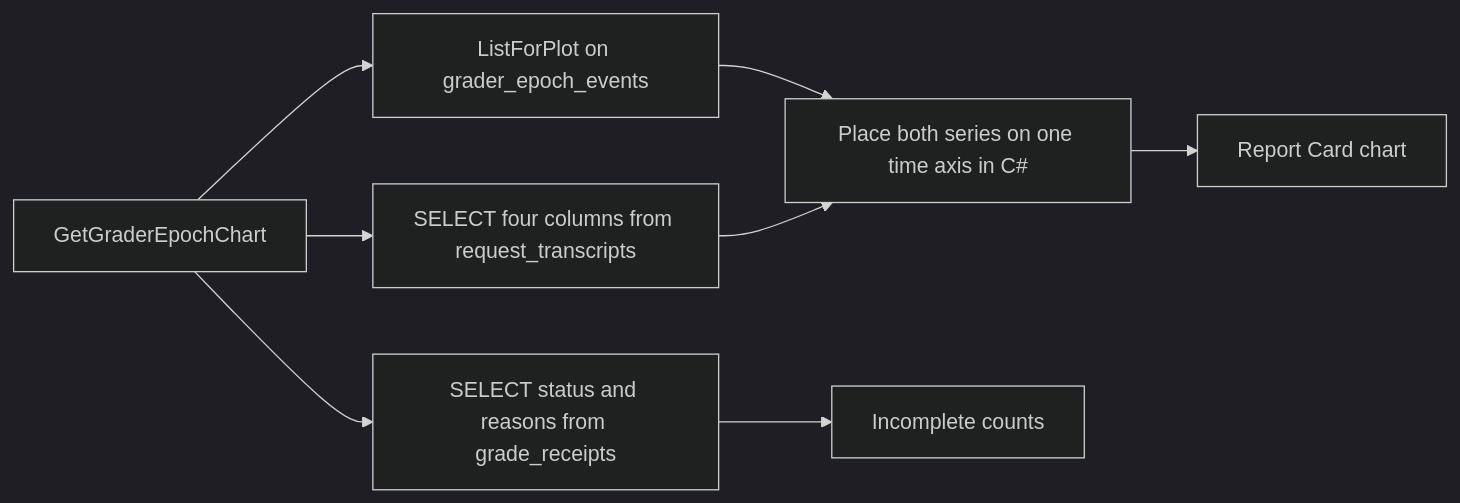
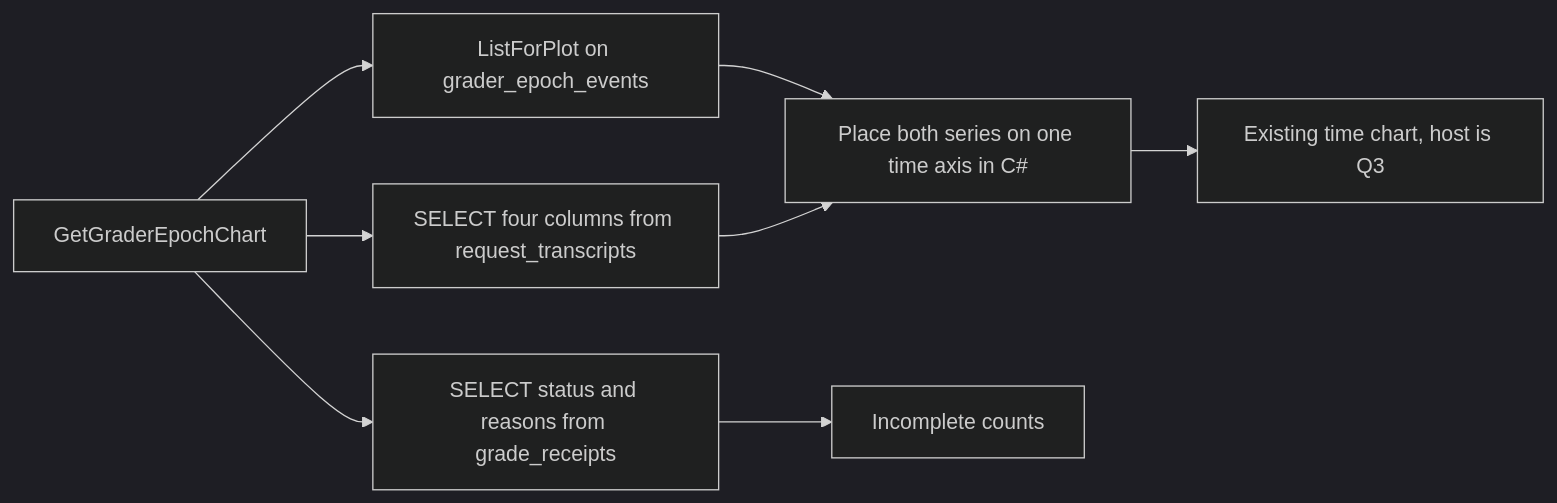
The diagram in docs/plans/issue-304-phase-9-epoch-time-graph.md (davidpizon/TotallyHot-ArcRouter), drawn with Mermaid (dark theme) before and after one commit. The commit also changed other lines of this file and 3 other files, not shown here.

````diff
--- a/docs/plans/issue-304-phase-9-epoch-time-graph.md
+++ b/docs/plans/issue-304-phase-9-epoch-time-graph.md
@@ -137,10 +151,10 @@
 ```mermaid
 flowchart LR
     rpc[GetGraderEpochChart] --> events[ListForPlot on grader_epoch_events]
     rpc --> tokens[SELECT four columns from request_transcripts]
     rpc --> counts[SELECT status and reasons from grade_receipts]
     events --> place[Place both series on one time axis in C#]
     tokens --> place
-    place --> chart[Report Card chart]
+    place --> chart[Existing time chart, host is Q3]
     counts --> list[Incomplete counts]
 ```
````
